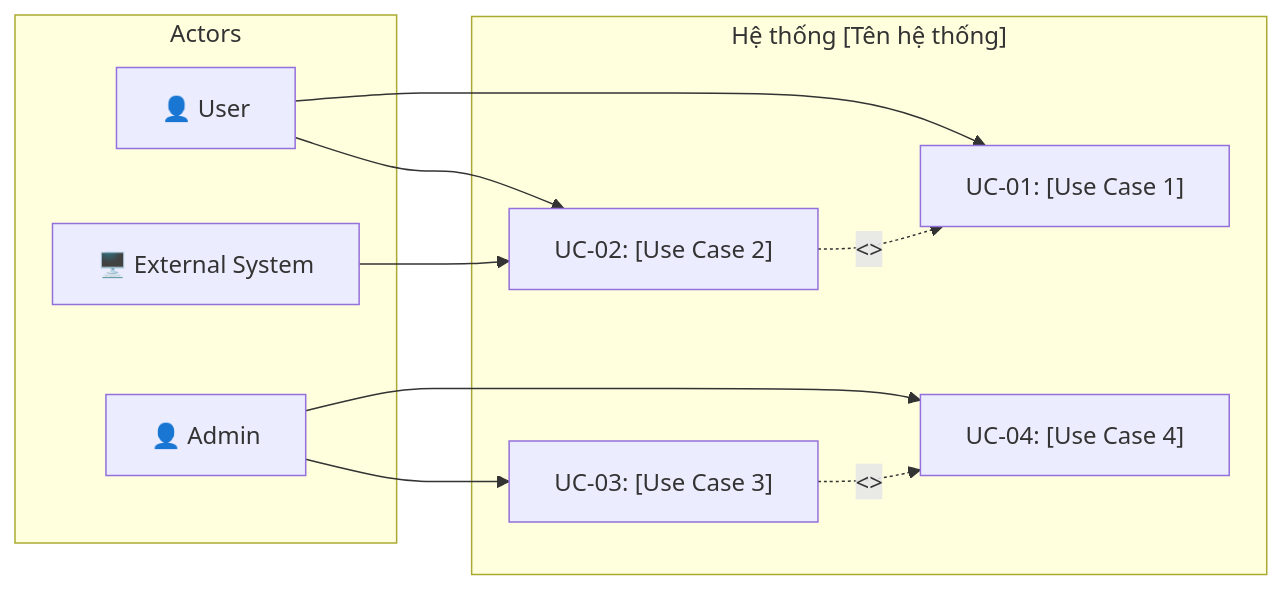
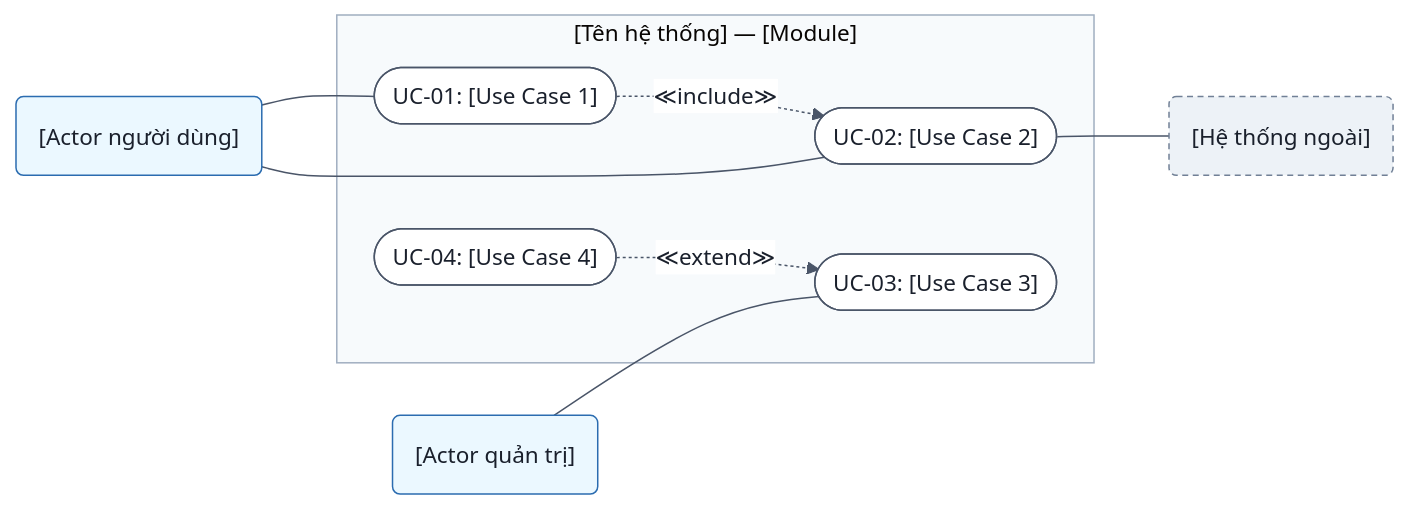
One commit to sonbui31/BA-studies changed the first of 4 diagrams in BA-agent/Curated templates/02-SRS-Template.md. Above: the diagram before and after it, drawn with Mermaid. The commit also changed other lines of this file and 97 other files, not shown here.

First line of the commit message:
Add diagram linting and rendering tools with tests

````diff
--- a/BA-agent/Curated templates/02-SRS-Template.md
+++ b/BA-agent/Curated templates/02-SRS-Template.md
@@ -49,23 +49,25 @@
 ```mermaid
-graph LR
-    subgraph Actors
-        U[👤 User]
-        A[👤 Admin]
-        S[🖥️ External System]
+%%{init: {"theme": "base", "fontFamily": "Arial, Helvetica, sans-serif", "themeVariables": {"fontSize": "15px", "primaryColor": "#FFFFFF", "primaryBorderColor": "#4A5568", "primaryTextColor": "#1A202C", "lineColor": "#4A5568", "secondaryColor": "#F7FAFC", "tertiaryColor": "#F7FAFC", "clusterBkg": "#F7FAFC", "clusterBorder": "#A0AEC0", "edgeLabelBackground": "#FFFFFF", "actorBkg": "#EBF8FF", "actorBorder": "#2B6CB0", "noteBkgColor": "#FFF8E1", "noteBorderColor": "#B7791F"}}}%%
+flowchart LR
+    U("[Actor người dùng]")
+    A("[Actor quản trị]")
+    subgraph HT["[Tên hệ thống] — [Module]"]
+        UC1(["UC-01: [Use Case 1]"])
+        UC2(["UC-02: [Use Case 2]"])
+        UC3(["UC-03: [Use Case 3]"])
+        UC4(["UC-04: [Use Case 4]"])
     end
+    S("[Hệ thống ngoài]")
 
-    subgraph System ["Hệ thống [Tên hệ thống]"]
-        UC1["UC-01: [Use Case 1]"]
-        UC2["UC-02: [Use Case 2]"]
-        UC3["UC-03: [Use Case 3]"]
-        UC4["UC-04: [Use Case 4]"]
-    end
+    U --- UC1
+    U --- UC2
+    A --- UC3
+    UC1 -.->|"≪include≫"| UC2
+    UC4 -.->|"≪extend≫"| UC3
+    UC2 --- S
 
-    U --> UC1
-    U --> UC2
-    A --> UC3
-    A --> UC4
-    UC2 -.->|"<<include>>"| UC1
-    UC3 -.->|"<<extend>>"| UC4
-    S --> UC2
+    classDef role1 fill:#EBF8FF,stroke:#2B6CB0
+    classDef external fill:#EDF2F7,stroke:#718096,stroke-dasharray:4 3
+    class U,A role1
+    class S external
 ```
````
